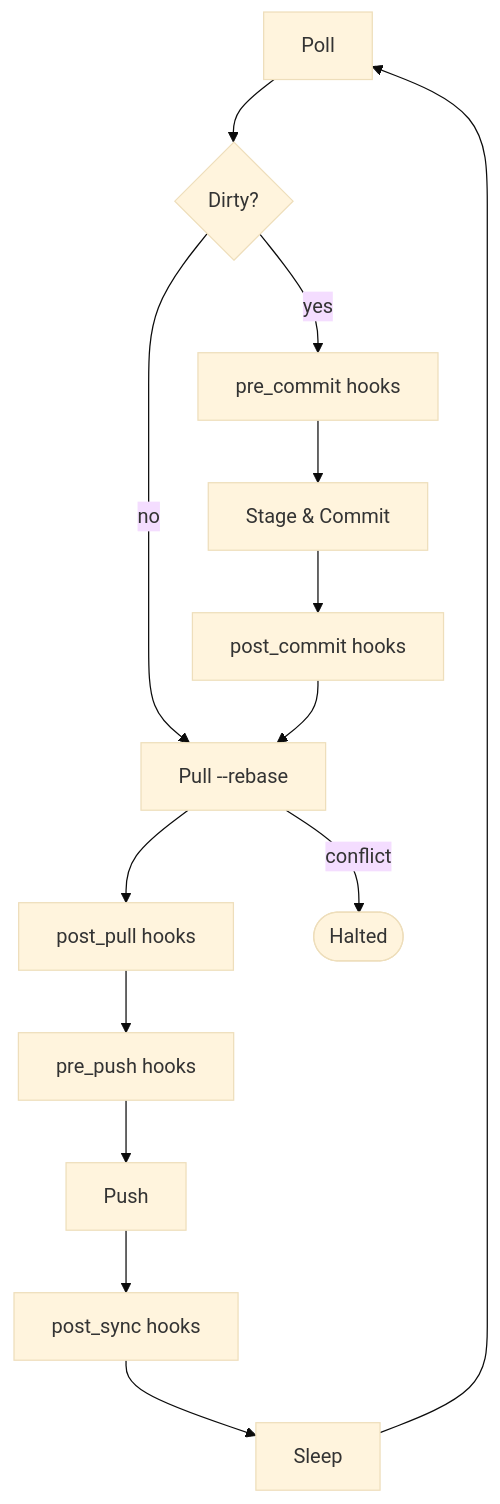
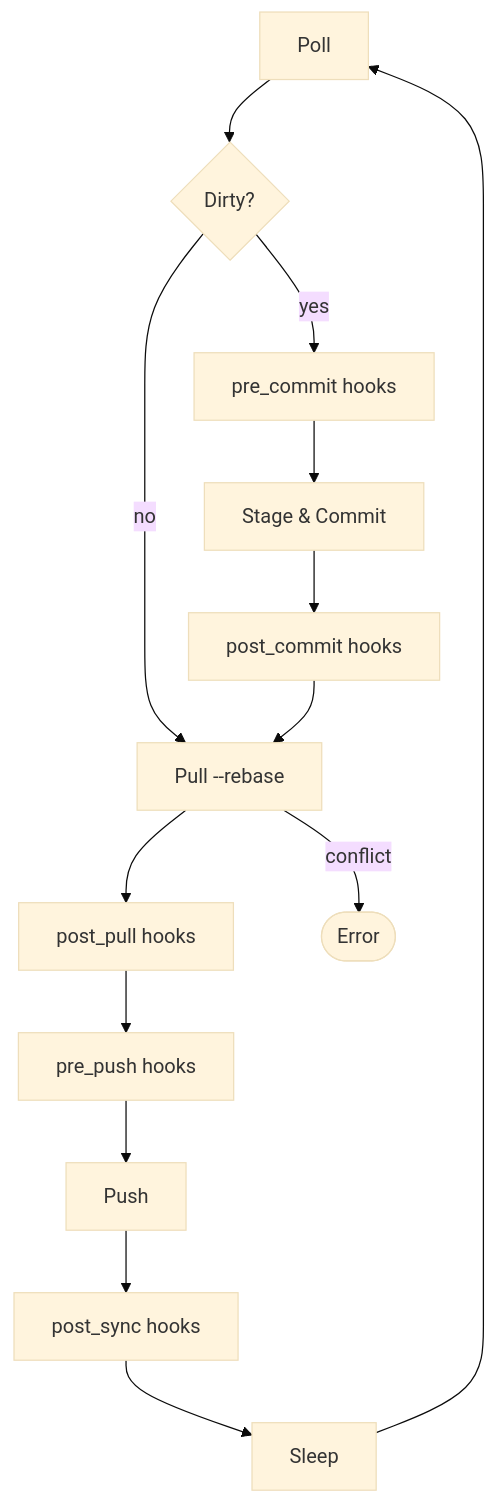
Before and after one commit to michaelquigley/sexton: the first of 2 diagrams in README.md, drawn with Mermaid (base theme). The commit also changed other lines of this file and 8 other files, not shown here.

````diff
--- a/README.md
+++ b/README.md
@@ -13,16 +13,16 @@
 ```mermaid
 flowchart TD
     poll[Poll] --> dirty{Dirty?}
     dirty -- no --> pull
     dirty -- yes --> pre_commit[pre_commit hooks]
     pre_commit --> commit[Stage & Commit]
     commit --> post_commit[post_commit hooks]
     post_commit --> pull[Pull --rebase]
     pull --> post_pull[post_pull hooks]
     post_pull --> pre_push[pre_push hooks]
     pre_push --> push[Push]
     push --> post_sync[post_sync hooks]
     post_sync --> sleep[Sleep]
     sleep --> poll
-    pull -- conflict --> halted([Halted])
+    pull -- conflict --> error([Error])
 ```
````
